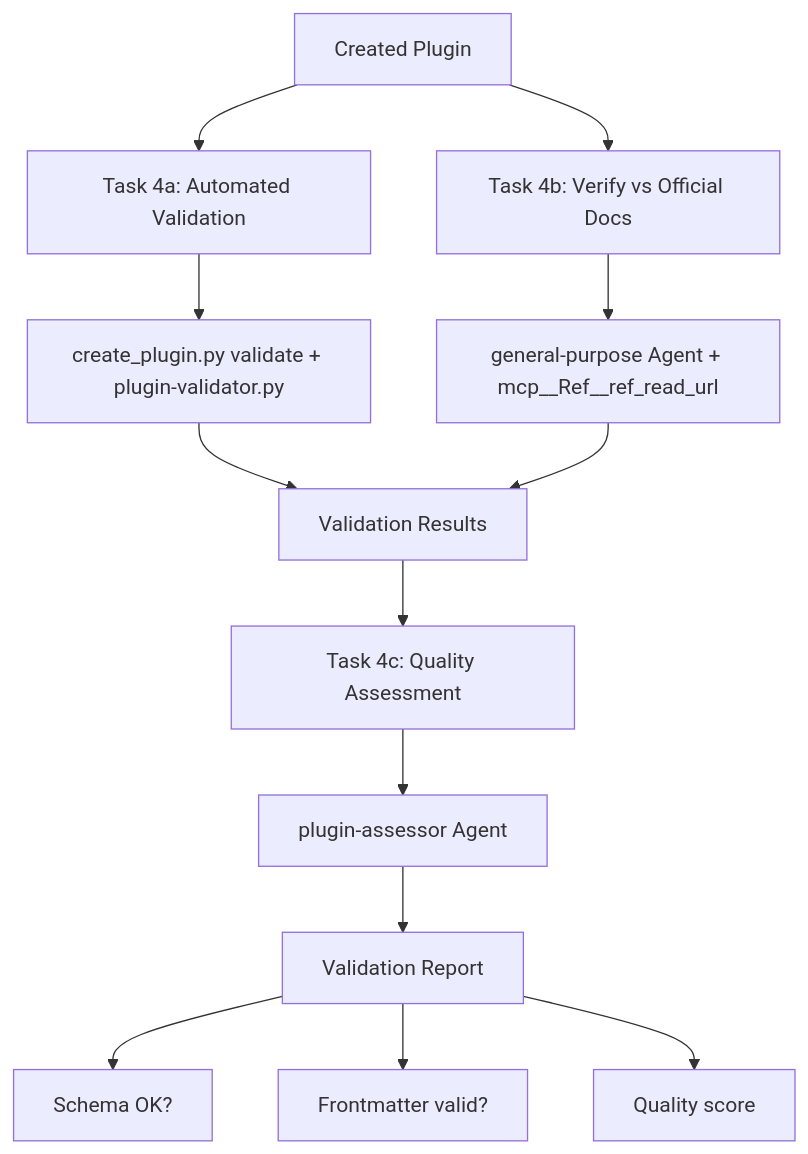
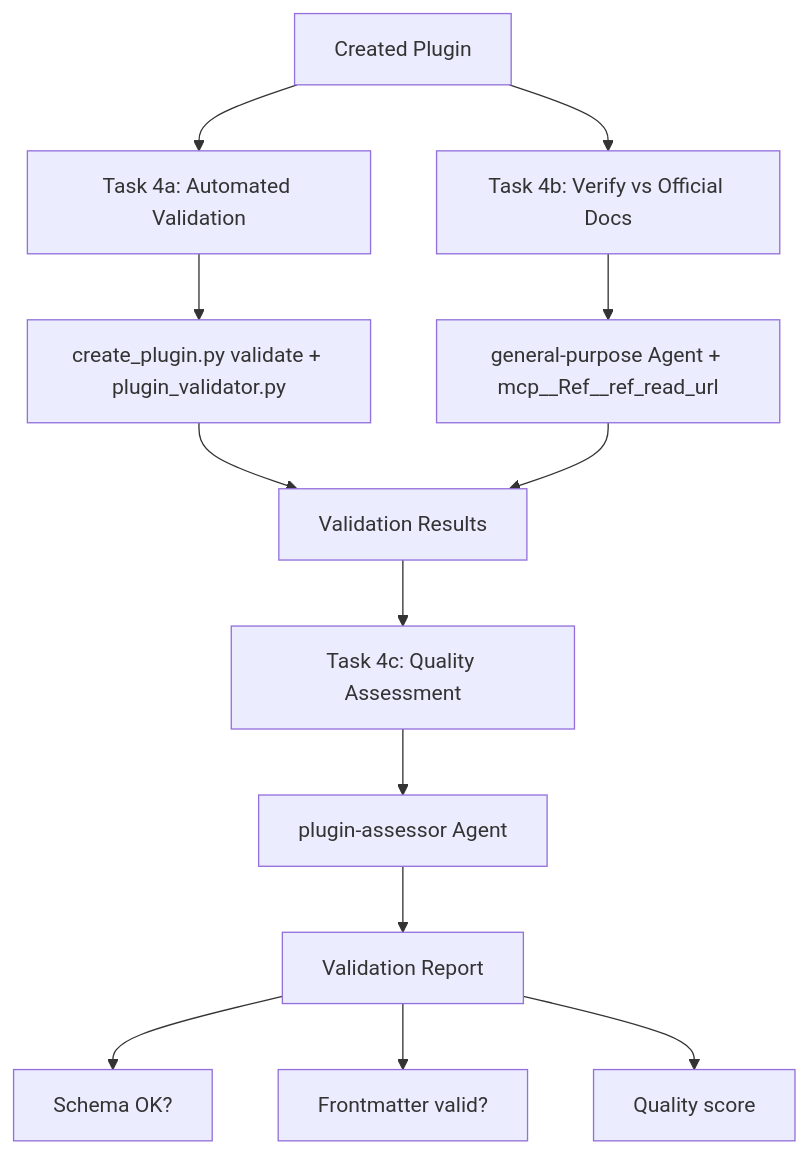
Before and after one commit to chgreer1070/claude_skills: the sixth of 11 diagrams in plugins/plugin-creator/skills/plugin-creator/references/workflow-diagram.md, drawn with Mermaid. The commit also changed other lines of this file and 92 other files, not shown here.

````diff
--- a/plugins/plugin-creator/skills/plugin-creator/references/workflow-diagram.md
+++ b/plugins/plugin-creator/skills/plugin-creator/references/workflow-diagram.md
@@ -128,19 +128,19 @@
 ```mermaid
 flowchart TD
     PLUGIN[Created Plugin] --> T4A[Task 4a: Automated Validation]
     PLUGIN --> T4B[Task 4b: Verify vs Official Docs]
 
-    T4A --> SCRIPTS["create_plugin.py validate + plugin-validator.py"]
+    T4A --> SCRIPTS["create_plugin.py validate + plugin_validator.py"]
     T4B --> GP[general-purpose Agent + mcp__Ref__ref_read_url]
 
     SCRIPTS --> RESULTS[Validation Results]
     GP --> RESULTS
 
     RESULTS --> T4C[Task 4c: Quality Assessment]
     T4C --> ASSESSOR[plugin-assessor Agent]
     ASSESSOR --> REPORT[Validation Report]
 
     REPORT --> S1[Schema OK?]
     REPORT --> S2[Frontmatter valid?]
     REPORT --> S3[Quality score]
 ```
````
